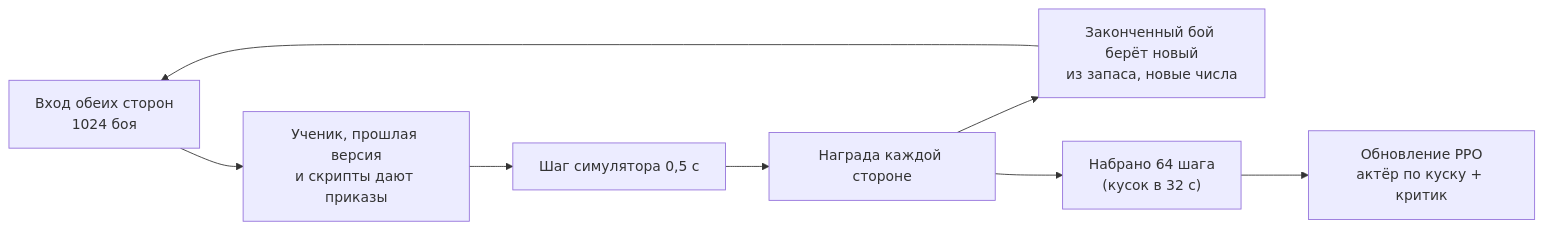
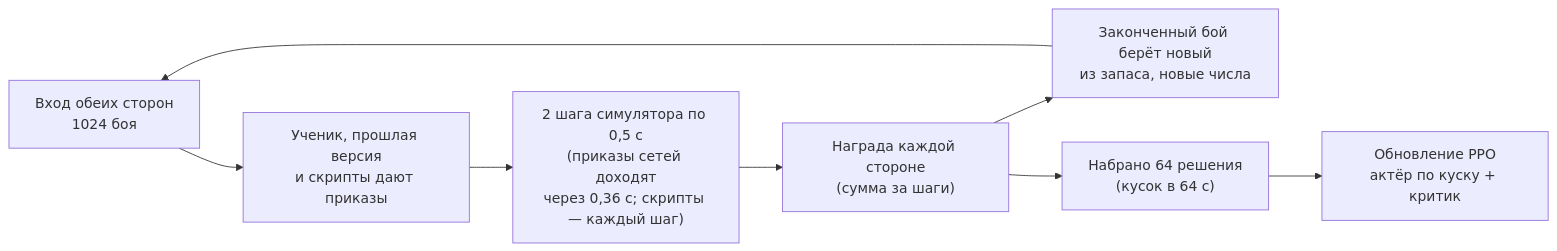
The diagram in docs/ru/training/training.md (DimaZero7/TWW3-batle-ai), drawn with Mermaid before and after one commit. The commit also changed other lines of this file and 12 other files, not shown here.

````diff
--- a/docs/ru/training/training.md
+++ b/docs/ru/training/training.md
@@ -326,10 +326,10 @@
 ```mermaid
 flowchart LR
   obs["Вход обеих сторон<br/>1024 боя"] --> act["Ученик, прошлая версия<br/>и скрипты дают приказы"]
-  act --> step["Шаг симулятора 0,5 с"]
-  step --> rew["Награда каждой стороне"]
+  act --> step["2 шага симулятора по 0,5 с<br/>(приказы сетей доходят<br/>через 0,36 с; скрипты — каждый шаг)"]
+  step --> rew["Награда каждой стороне<br/>(сумма за шаги)"]
   rew --> reset["Законченный бой берёт новый<br/>из запаса, новые числа"]
   reset --> obs
-  rew --> buf["Набрано 64 шага<br/>(кусок в 32 с)"]
+  rew --> buf["Набрано 64 решения<br/>(кусок в 64 с)"]
   buf --> ppo["Обновление PPO<br/>актёр по куску + критик"]
 ```
````
